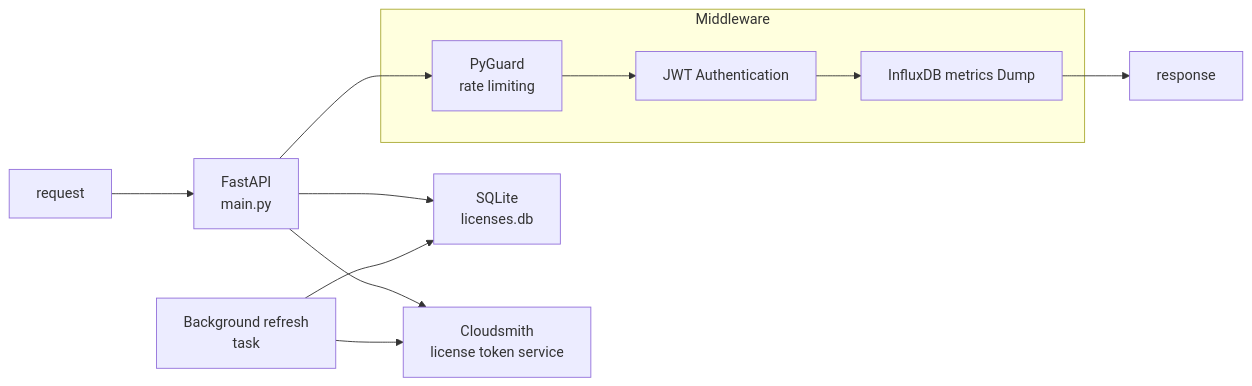
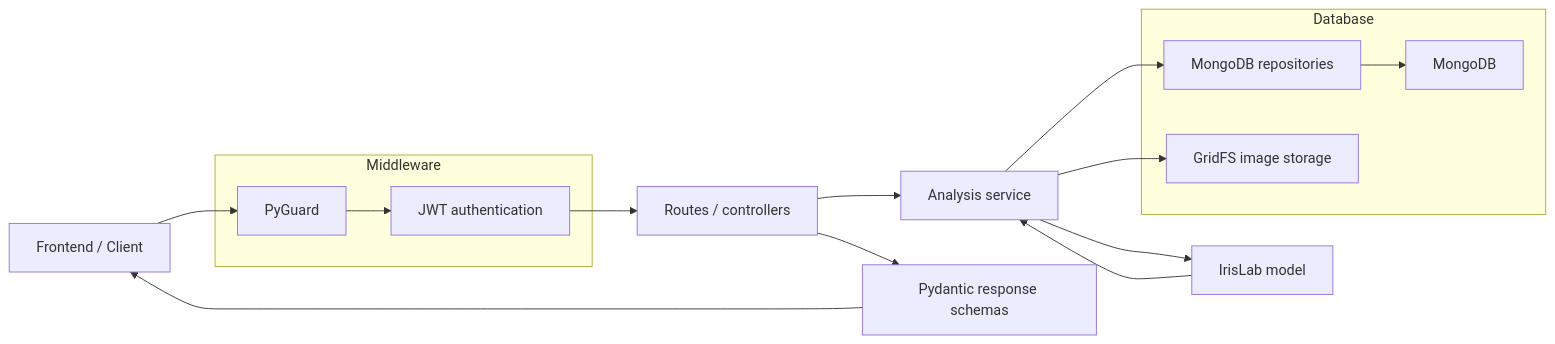
One commit to ValentinTwin1206/modern-python-devops-egineering changed the first of 2 diagrams in projects/bonus1_license_service_oidc/backend/README.md. Above: the diagram before and after it, drawn with Mermaid. The commit also changed other lines of this file and 74 other files, not shown here.

Commit message:
Extended iris lab api

````diff
--- a/projects/bonus1_license_service_oidc/backend/README.md
+++ b/projects/bonus1_license_service_oidc/backend/README.md
@@ -19,14 +23,19 @@
 ```mermaid
 graph LR
-   REQUEST["request"] --> APP["FastAPI<br/>main.py"] 
-	 APP --> GUARD["PyGuard<br/>rate limiting"]
-	 subgraph MIDDLEWARE["Middleware"]
-   GUARD --> JWT["JWT Authentication"]
-   JWT --> METRICS["InfluxDB metrics Dump"]
-	 end
-   METRICS --> RESPONSE["response"]
-	 APP --> DB["SQLite<br/>licenses.db"]
-	 APP --> CLOUDSMITH["Cloudsmith<br/>license token service"]
-	 SCHEDULE["Background refresh<br/>task"] --> CLOUDSMITH
-	 SCHEDULE --> DB
+  CLIENT["Frontend / Client"] --> SECURITY
+  subgraph MIDDLEWARE["Middleware"]
+    SECURITY["PyGuard"] --> AUTH["JWT authentication"]
+  end
+  AUTH --> ROUTES["Routes / controllers"]
+    ROUTES --> SERVICE["Analysis service"]
+    SERVICE --> MODEL["IrisLab model"]
+  MODEL --> SERVICE
+  SERVICE --> REPO
+  subgraph DATABASE["Database"]
+    REPO["MongoDB repositories"] --> DB["MongoDB"]
+    GRIDFS["GridFS image storage"]
+  end
+  SERVICE --> GRIDFS
+    ROUTES --> SCHEMA["Pydantic response schemas"]
+    SCHEMA --> CLIENT
 ```
````
